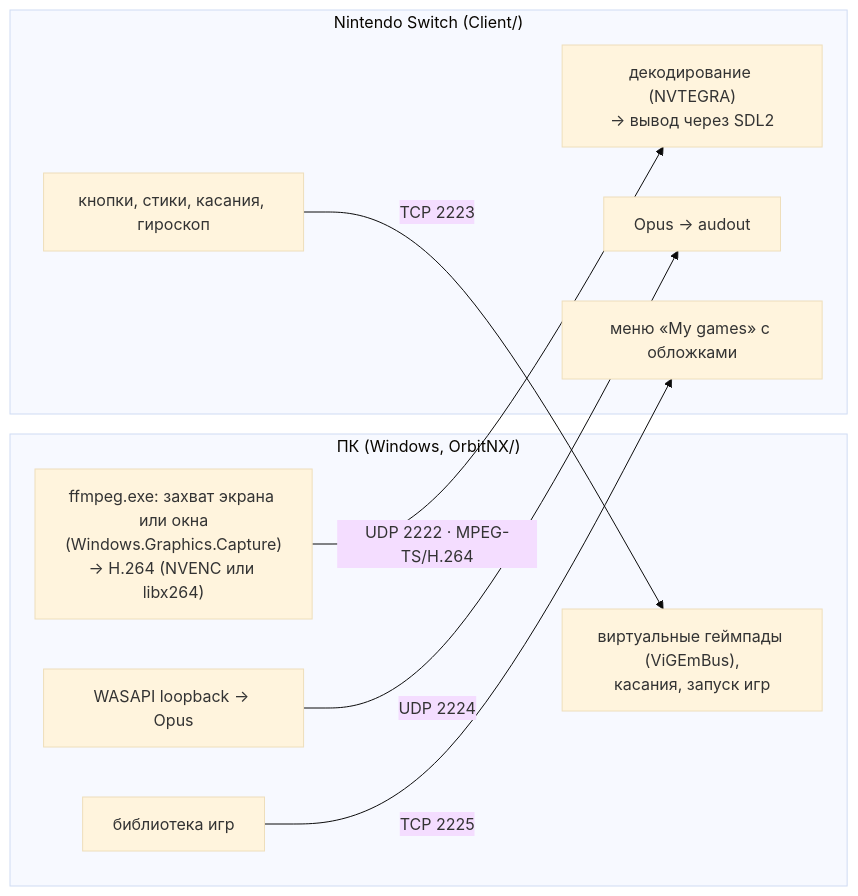
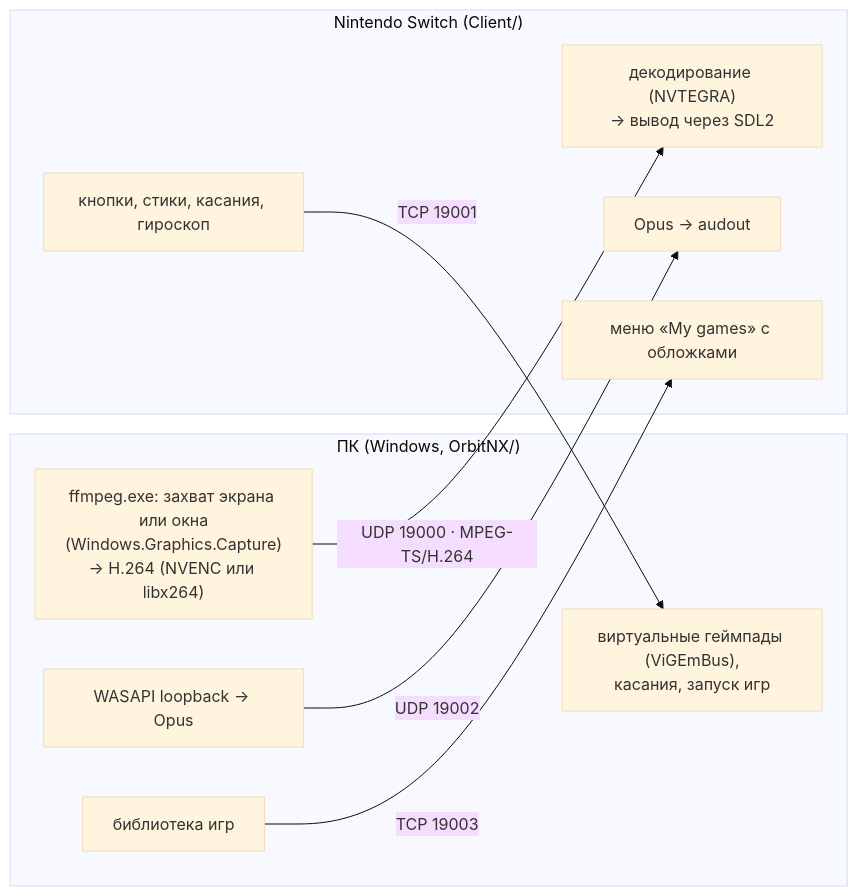
One commit to HaDoKit/OrbitNX changed the diagram in docs/architecture.md. Above: the diagram before and after it, drawn with Mermaid (base theme). The commit also changed 12 other files, not shown here.

````diff
--- a/docs/architecture.md
+++ b/docs/architecture.md
@@ -7,19 +7,19 @@
 ```mermaid
 flowchart LR
     subgraph PC["ПК (Windows, OrbitNX/)"]
         cap["ffmpeg.exe: захват экрана или окна<br/>(Windows.Graphics.Capture)<br/>→ H.264 (NVENC или libx264)"]
         aud["WASAPI loopback → Opus"]
         inp["виртуальные геймпады (ViGEmBus),<br/>касания, запуск игр"]
         lib["библиотека игр"]
     end
     subgraph NX["Nintendo Switch (Client/)"]
         dec["декодирование (NVTEGRA)<br/>→ вывод через SDL2"]
         play["Opus → audout"]
         ctl["кнопки, стики, касания, гироскоп"]
         menu["меню «My games» с обложками"]
     end
-    cap -- "UDP 2222 · MPEG-TS/H.264" --> dec
-    aud -- "UDP 2224" --> play
-    ctl -- "TCP 2223" --> inp
-    lib -- "TCP 2225" --> menu
+    cap -- "UDP 19000 · MPEG-TS/H.264" --> dec
+    aud -- "UDP 19002" --> play
+    ctl -- "TCP 19001" --> inp
+    lib -- "TCP 19003" --> menu
 ```
````
